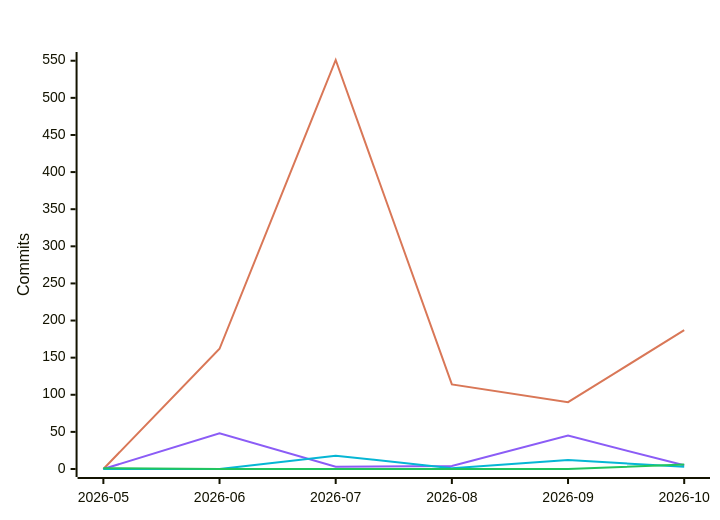
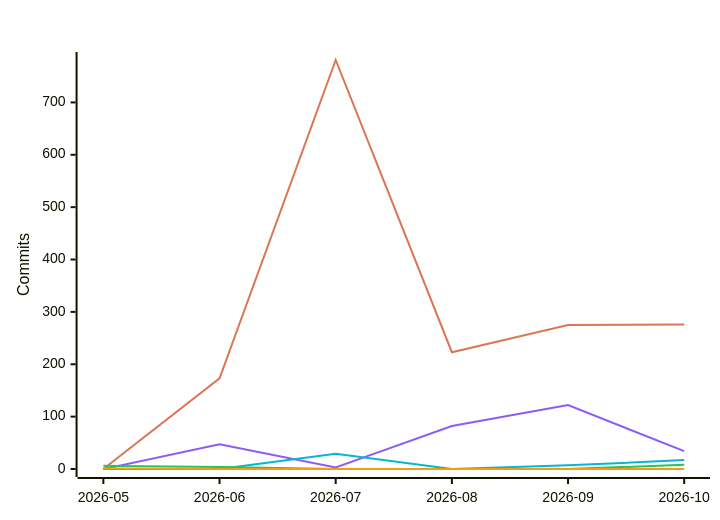
The fifth of 7 diagrams in README.md (polo-nyan/polo-nyan), drawn with Mermaid before and after one commit. The commit also changed other lines of this file and 1 other file, not shown here.

````diff
--- a/README.md
+++ b/README.md
@@ -312,11 +313,12 @@
 ```mermaid
 %%{init: {"xyChart": {"titleColor": "#ffffff", "xAxisLabelColor": "#ffffff", "yAxisLabelColor": "#ffffff"}, "themeVariables": {"xyChart": {"titleColor": "#ffffff", "plotColorPalette": "#d97757, #8b5cf6, #06b6d4, #22c55e, #f59e0b, #ec4899"}}}}%%
 xychart-beta
     title "Commits Per Month by Model Family"
     x-axis ["2026-05", "2026-06", "2026-07", "2026-08", "2026-09", "2026-10"]
     y-axis "Commits"
-    line [0, 162, 551, 114, 90, 187]
-    line [0, 48, 3, 4, 45, 5]
-    line [0, 0, 18, 1, 12, 3]
-    line [1, 0, 0, 0, 0, 6]
+    line [0, 173, 781, 223, 275, 276]
+    line [0, 47, 3, 82, 122, 34]
+    line [0, 0, 29, 0, 7, 17]
+    line [6, 4, 0, 0, 0, 8]
+    line [1, 0, 0, 0, 0, 0]
 ```
````
